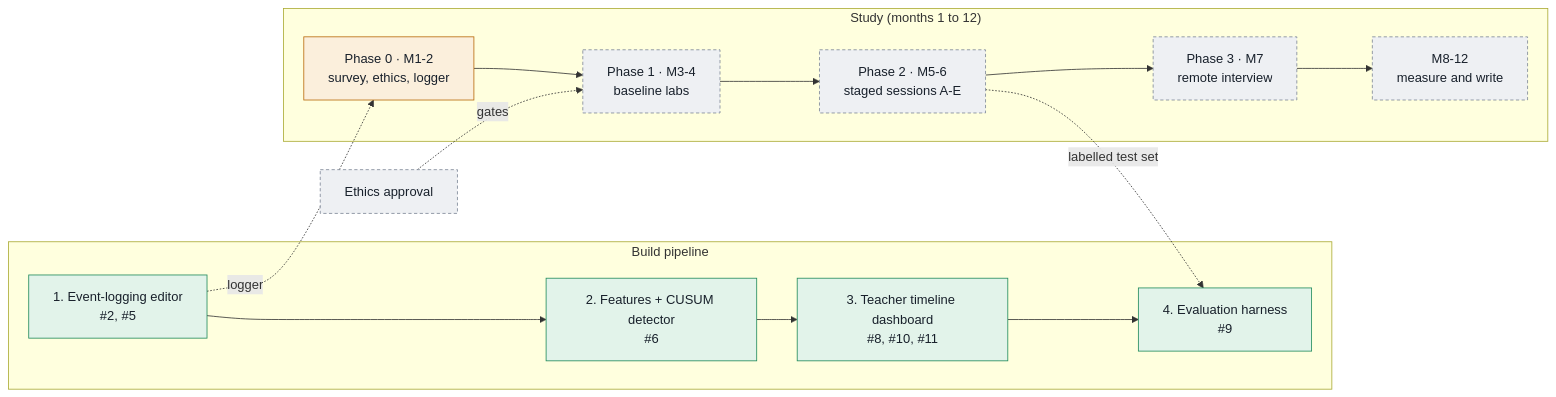
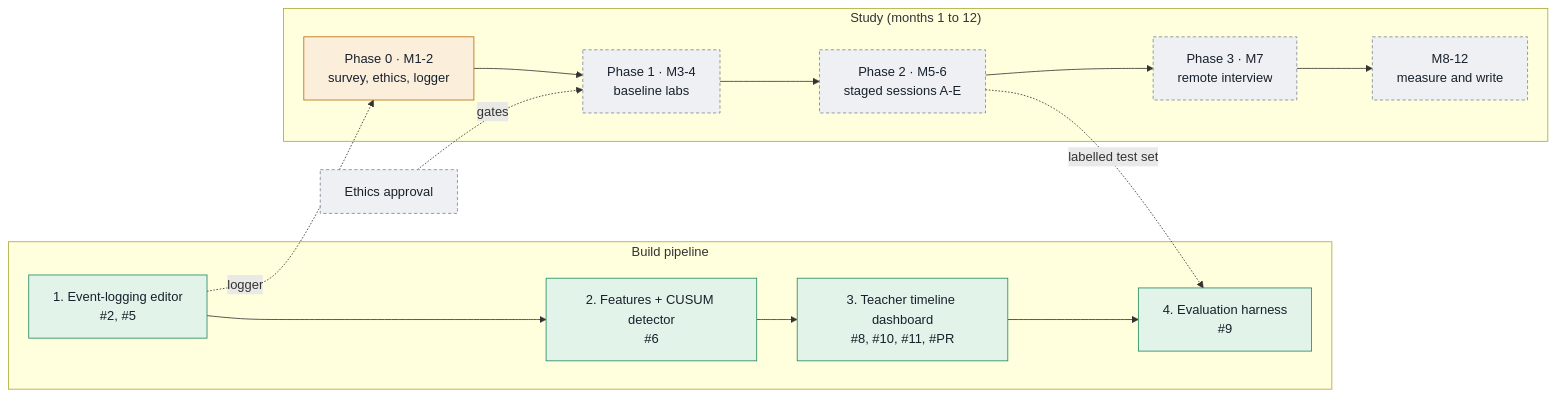
The diagram in thesis/progress/STATUS.md (codehamster69/student-ide), drawn with Mermaid before and after one commit. The commit also changed other lines of this file and 34 other files, not shown here.

````diff
--- a/thesis/progress/STATUS.md
+++ b/thesis/progress/STATUS.md
@@ -14,21 +14,21 @@
 ```mermaid
 flowchart LR
   classDef done fill:#e2f3ea,stroke:#1f8a5b,color:#18202b
   classDef prog fill:#fbefdc,stroke:#b86a0b,color:#18202b
   classDef pend fill:#eef0f3,stroke:#7c8696,stroke-dasharray:4 3,color:#18202b
 
   subgraph Build["Build pipeline"]
     B1["1. Event-logging editor<br/>#2, #5"]:::done --> B2["2. Features + CUSUM detector<br/>#6"]:::done
-    B2 --> B3["3. Teacher timeline dashboard<br/>#8, #10, #11"]:::done --> B4["4. Evaluation harness<br/>#9"]:::done
+    B2 --> B3["3. Teacher timeline dashboard<br/>#8, #10, #11, #PR"]:::done --> B4["4. Evaluation harness<br/>#9"]:::done
   end
 
   subgraph Study["Study (months 1 to 12)"]
     P0["Phase 0 · M1-2<br/>survey, ethics, logger"]:::prog --> P1["Phase 1 · M3-4<br/>baseline labs"]:::pend
     P1 --> P2["Phase 2 · M5-6<br/>staged sessions A-E"]:::pend --> P3["Phase 3 · M7<br/>remote interview"]:::pend
     P3 --> W["M8-12<br/>measure and write"]:::pend
   end
 
   E["Ethics approval"]:::pend -. gates .-> P1
   B1 -. logger .-> P0
   P2 -. labelled test set .-> B4
 ```
````
